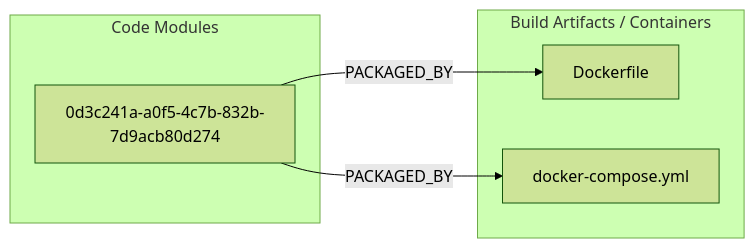
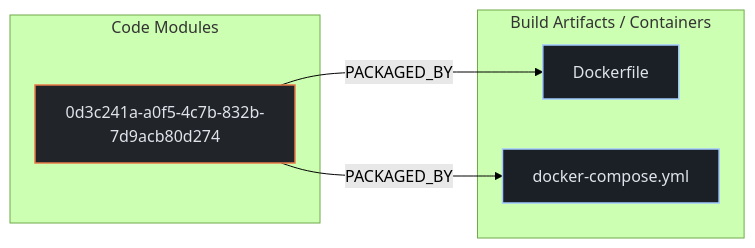
One commit to kumarshaz/atruss-code-atlas changed the second of 3 diagrams in exports/latest/reports/metabase-dataset-generator-report.md. Above: the diagram before and after it, drawn with Mermaid (forest theme). The commit also changed other lines of this file and 331 other files, not shown here.

Commit message:
docs,ui,fix: update SDLC docs, reorder CI/CD DAG first, stylize Mermaid, and fix Arc42 pipeline topology

````diff
--- a/exports/latest/reports/metabase-dataset-generator-report.md
+++ b/exports/latest/reports/metabase-dataset-generator-report.md
@@ -144,12 +151,16 @@
 ```mermaid
 flowchart LR
+    classDef atlasCategory fill:#212428,stroke:#E87A48,stroke-width:1.5px,color:#dfe3eb
+    classDef atlasWorkflow fill:#1b2026,stroke:#a3c9ff,stroke-width:1.5px,color:#dfe3eb
+    classDef atlasJob fill:#171c22,stroke:#8d9199,stroke-width:1px,color:#dfe3eb
+    classDef atlasTarget fill:#005227,stroke:#8bd99b,stroke-width:1.5px,color:#a7f6b6
     subgraph code_modules["Code Modules"]
-        mod_0d3c241a_a0f5_4c7b_832b_7d9acb80d274["0d3c241a-a0f5-4c7b-832b-7d9acb80d274"]
+        mod_0d3c241a_a0f5_4c7b_832b_7d9acb80d274["0d3c241a-a0f5-4c7b-832b-7d9acb80d274"]:::atlasCategory
     end
     subgraph build_artifacts["Build Artifacts / Containers"]
-        art_Dockerfile["Dockerfile"]
-        art_docker_compose_yml["docker-compose.yml"]
+        art_Dockerfile["Dockerfile"]:::atlasWorkflow
+        art_docker_compose_yml["docker-compose.yml"]:::atlasWorkflow
     end
     mod_0d3c241a_a0f5_4c7b_832b_7d9acb80d274 -->|PACKAGED_BY| art_Dockerfile
     mod_0d3c241a_a0f5_4c7b_832b_7d9acb80d274 -->|PACKAGED_BY| art_docker_compose_yml
 ```
````
